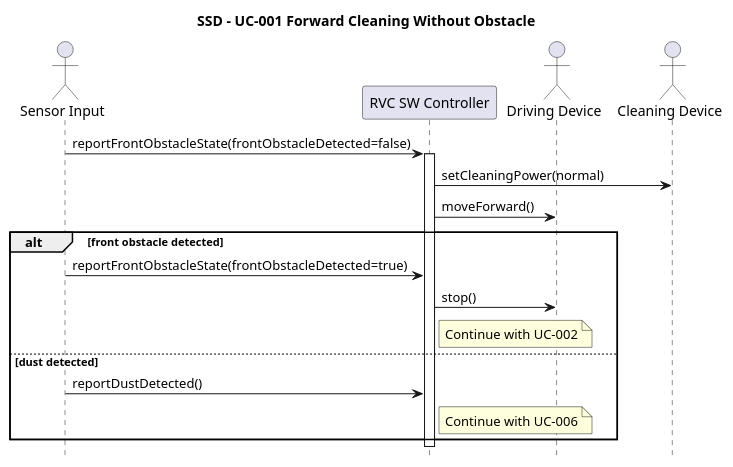
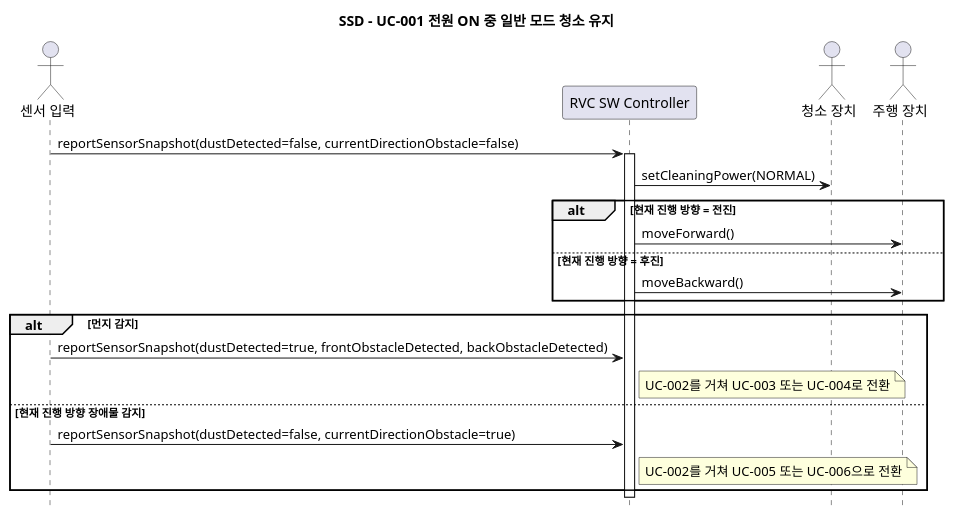
One commit to OOAD-Team3/Robot-Vacuum-Cleaner-AI changed the diagram in docs/ssd/UC-001.puml. Above: the diagram before and after it, drawn with PlantUML. The commit also changed 24 other files, not shown here.

```diff
--- a/docs/ssd/UC-001.puml
+++ b/docs/ssd/UC-001.puml
@@ -1,24 +1,29 @@
-@startuml SSD_UC001_Forward_Cleaning
+@startuml SSD_UC001_Normal_Mode_Cleaning
 hide footbox
-title SSD - UC-001 Forward Cleaning Without Obstacle
+title SSD - UC-001 전원 ON 중 일반 모드 청소 유지
 
-actor "Sensor Input" as Sensor
+actor "센서 입력" as Sensor
 participant "RVC SW Controller" as System
-actor "Driving Device" as Drive
-actor "Cleaning Device" as Cleaner
+actor "청소 장치" as Cleaner
+actor "주행 장치" as Drive
 
-Sensor -> System: reportFrontObstacleState(frontObstacleDetected=false)
+Sensor -> System: reportSensorSnapshot(dustDetected=false, currentDirectionObstacle=false)
 activate System
-System -> Cleaner: setCleaningPower(normal)
-System -> Drive: moveForward()
+System -> Cleaner: setCleaningPower(NORMAL)
 
-alt front obstacle detected
-    Sensor -> System: reportFrontObstacleState(frontObstacleDetected=true)
-    System -> Drive: stop()
-    note right of System: Continue with UC-002
-else dust detected
-    Sensor -> System: reportDustDetected()
-    note right of System: Continue with UC-006
+alt 현재 진행 방향 = 전진
+    System -> Drive: moveForward()
+else 현재 진행 방향 = 후진
+    System -> Drive: moveBackward()
 end
+
+alt 먼지 감지
+    Sensor -> System: reportSensorSnapshot(dustDetected=true, frontObstacleDetected, backObstacleDetected)
+    note right of System: UC-002를 거쳐 UC-003 또는 UC-004로 전환
+else 현재 진행 방향 장애물 감지
+    Sensor -> System: reportSensorSnapshot(dustDetected=false, currentDirectionObstacle=true)
+    note right of System: UC-002를 거쳐 UC-005 또는 UC-006으로 전환
+end
+
 deactivate System
 @enduml
```
